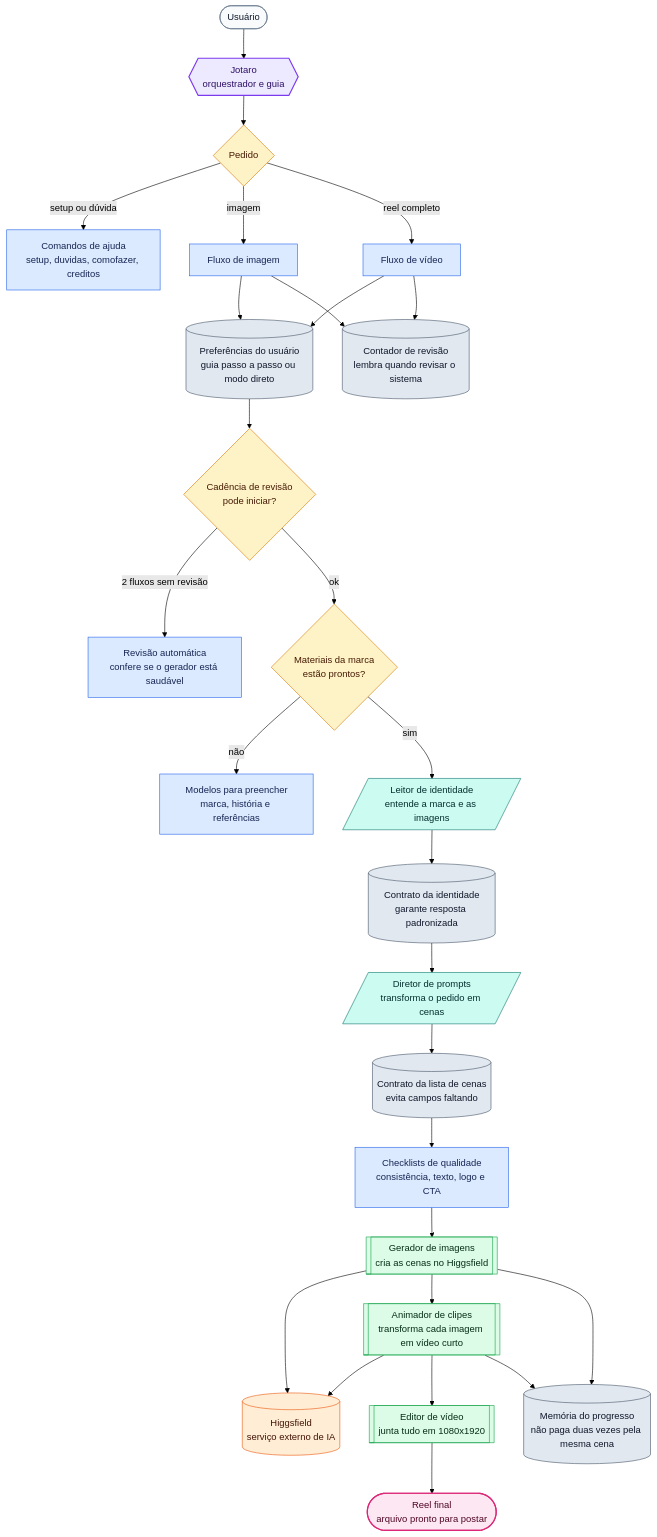
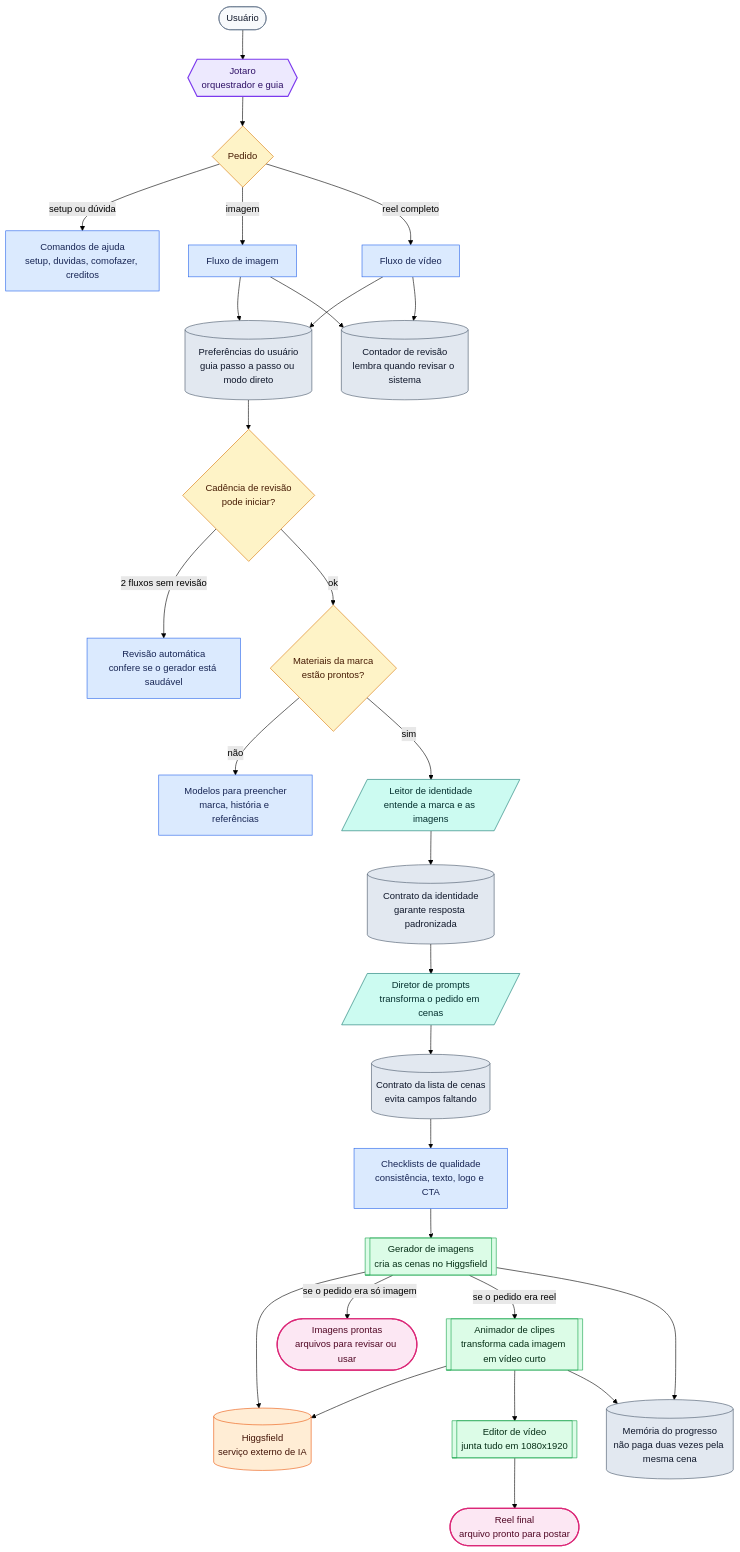
Before and after one commit to Joaoppob/trampolean-image-video-generator: the first of 2 diagrams in README.md, drawn with Mermaid (forest theme). The commit also changed other lines of this file and 1 other file, not shown here.

Commit message:
docs: alinha readme ao fluxo real

````diff
--- a/README.md
+++ b/README.md
@@ -75,54 +75,55 @@
 ```mermaid
 flowchart TD
   U([Usuário]) --> J{{Jotaro<br/>orquestrador e guia}}
 
   J --> S{Pedido}
   S -->|"setup ou dúvida"| HELP["Comandos de ajuda<br/>setup, duvidas, comofazer, creditos"]
   S -->|"imagem"| IMG_FLOW["Fluxo de imagem"]
   S -->|"reel completo"| VID_FLOW["Fluxo de vídeo"]
 
   IMG_FLOW --> PROF[("Preferências do usuário<br/>guia passo a passo ou modo direto")]
   VID_FLOW --> PROF
   PROF --> C1{"Cadência de revisão<br/>pode iniciar?"}
   C1 -->|"2 fluxos sem revisão"| REV["Revisão automática<br/>confere se o gerador está saudável"]
   C1 -->|"ok"| RAG_READY{"Materiais da marca<br/>estão prontos?"}
   RAG_READY -->|"não"| RAG_FIX["Modelos para preencher<br/>marca, história e referências"]
   RAG_READY -->|"sim"| RAG[/Leitor de identidade<br/>entende a marca e as imagens/]
 
   RAG --> ID_SCHEMA[("Contrato da identidade<br/>garante resposta padronizada")]
   ID_SCHEMA --> PS[/Diretor de prompts<br/>transforma o pedido em cenas/]
   PS --> SHOT_SCHEMA[("Contrato da lista de cenas<br/>evita campos faltando")]
   SHOT_SCHEMA --> REVIEW["Checklists de qualidade<br/>consistência, texto, logo e CTA"]
   REVIEW --> GI[[Gerador de imagens<br/>cria as cenas no Higgsfield]]
   GI --> HF[("Higgsfield<br/>serviço externo de IA")]
 
-  GI --> GV[[Animador de clipes<br/>transforma cada imagem em vídeo curto]]
+  GI -->|"se o pedido era só imagem"| IMG_OUT([Imagens prontas<br/>arquivos para revisar ou usar])
+  GI -->|"se o pedido era reel"| GV[[Animador de clipes<br/>transforma cada imagem em vídeo curto]]
   GV --> HF
   GV --> ED[[Editor de vídeo<br/>junta tudo em 1080x1920]]
   ED --> OUT([Reel final<br/>arquivo pronto para postar])
 
   GI --> STATE[("Memória do progresso<br/>não paga duas vezes pela mesma cena")]
   GV --> STATE
   IMG_FLOW --> RC[("Contador de revisão<br/>lembra quando revisar o sistema")]
   VID_FLOW --> RC
 
   classDef user fill:#f8fafc,stroke:#64748b,color:#0f172a,stroke-width:1px;
   classDef orchestrator fill:#ede9fe,stroke:#7c3aed,color:#2e1065,stroke-width:2px;
   classDef decision fill:#fef3c7,stroke:#d97706,color:#451a03,stroke-width:1px;
   classDef command fill:#dbeafe,stroke:#2563eb,color:#172554,stroke-width:1px;
   classDef agent fill:#ccfbf1,stroke:#0f766e,color:#042f2e,stroke-width:1px;
   classDef skill fill:#dcfce7,stroke:#16a34a,color:#052e16,stroke-width:1px;
   classDef state fill:#e2e8f0,stroke:#475569,color:#0f172a,stroke-width:1px;
   classDef external fill:#ffedd5,stroke:#ea580c,color:#431407,stroke-width:1px;
   classDef output fill:#fce7f3,stroke:#db2777,color:#500724,stroke-width:2px;
 
   class U user;
   class J orchestrator;
   class S,C1,RAG_READY decision;
   class HELP,IMG_FLOW,VID_FLOW,REV,RAG_FIX,REVIEW command;
   class RAG,PS agent;
   class GI,GV,ED skill;
   class PROF,ID_SCHEMA,SHOT_SCHEMA,STATE,RC state;
   class HF external;
-  class OUT output;
+  class IMG_OUT,OUT output;
 ```
````
